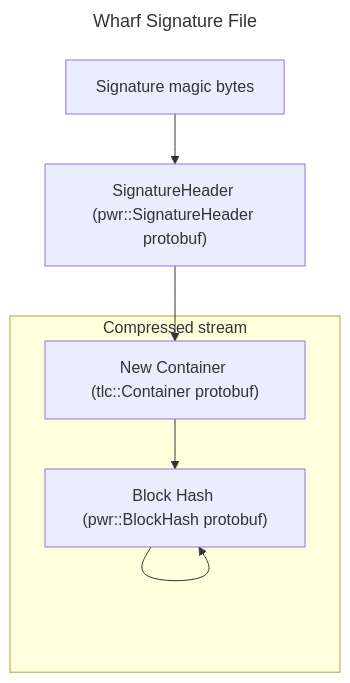
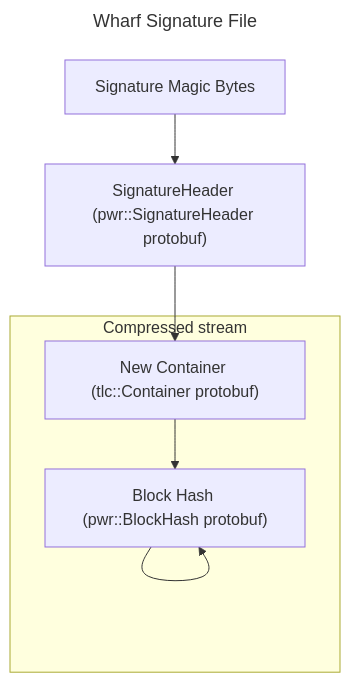
One commit to Vidi0/scratch-io changed the diagram in docs/wharf/file_formats/signature.md. Above: the diagram before and after it, drawn with Mermaid. The commit also changed 1 other file, not shown here.

Commit message:
Capitalize Magic Bytes

````diff
--- a/docs/wharf/file_formats/signature.md
+++ b/docs/wharf/file_formats/signature.md
@@ -1,12 +1,12 @@
 ```mermaid
 ---
 title: Wharf Signature File
 ---
 flowchart TB
-    Magic["Signature magic bytes"] --> SignatureHeader["SignatureHeader (pwr::SignatureHeader protobuf)"]
+    Magic["Signature Magic Bytes"] --> SignatureHeader["SignatureHeader (pwr::SignatureHeader protobuf)"]
     SignatureHeader --> ContainerNew
     subgraph Compressed["Compressed stream"]
         ContainerNew["New Container (tlc::Container protobuf)"] --> BlockHash["Block Hash (pwr::BlockHash protobuf)"]
         BlockHash --> BlockHash
     end
 ```
````
